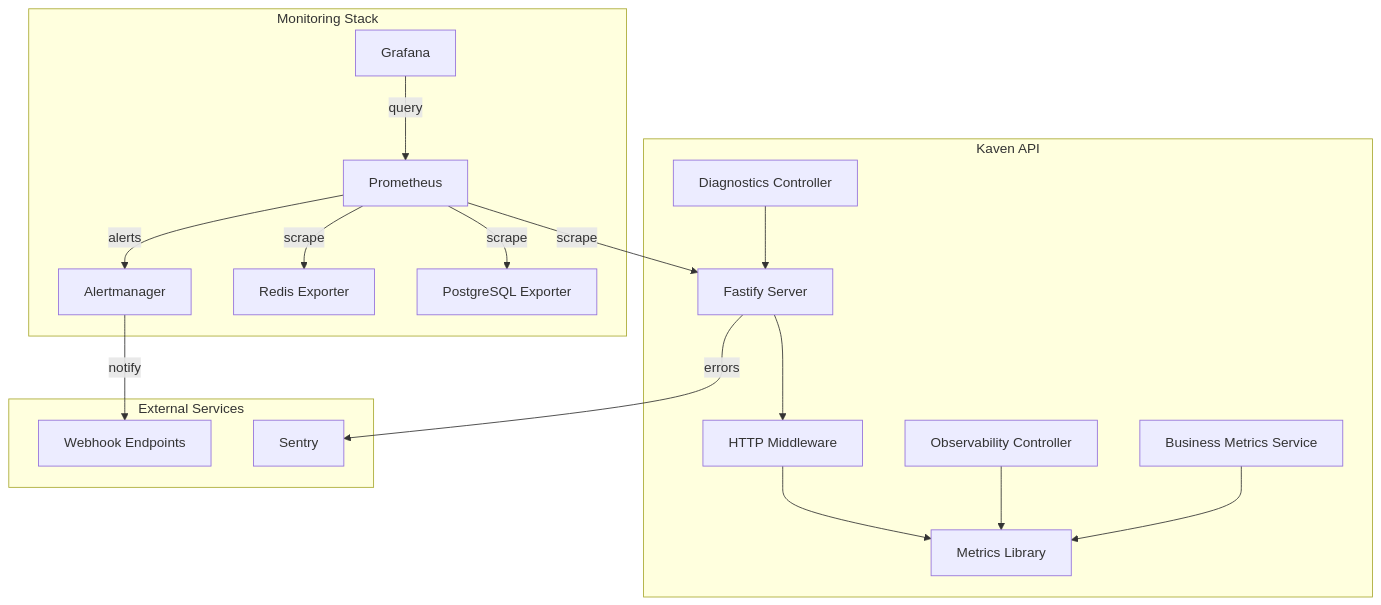
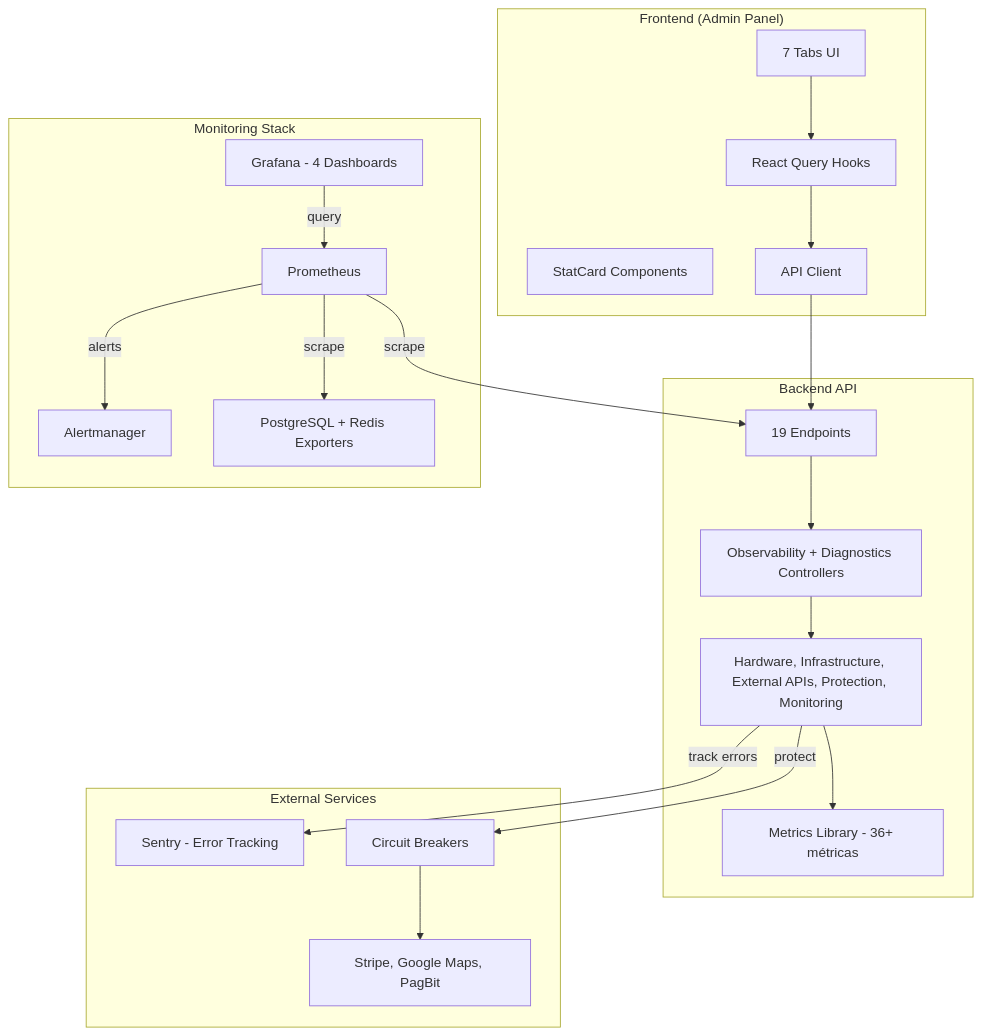
The diagram in apps/docs/content/platform/observability.mdx (bychrisr/kaven-boilerplate), drawn with Mermaid before and after one commit. The commit also changed other lines of this file and 121 other files, not shown here.

````diff
--- a/apps/docs/content/platform/observability.mdx
+++ b/apps/docs/content/platform/observability.mdx
@@ -668,39 +74,45 @@
 ```mermaid
 graph TB
-    subgraph "Kaven API"
-        API[Fastify Server]
-        Metrics[Metrics Library]
-        Middleware[HTTP Middleware]
-        Controller[Observability Controller]
-        Diagnostics[Diagnostics Controller]
-        Business[Business Metrics Service]
+    subgraph "Frontend (Admin Panel)"
+        UI[7 Tabs UI]
+        StatCards[StatCard Components]
+        Queries[React Query Hooks]
+        API_Client[API Client]
+    end
+
+    subgraph "Backend API"
+        Routes[19 Endpoints]
+        Controllers[Observability + Diagnostics Controllers]
+        Services[Hardware, Infrastructure, External APIs, Protection, Monitoring]
+        Metrics[Metrics Library - 36+ métricas]
     end
 
     subgraph "Monitoring Stack"
         Prometheus[Prometheus]
+        Grafana[Grafana - 4 Dashboards]
         Alertmanager[Alertmanager]
-        Grafana[Grafana]
-        PG[PostgreSQL Exporter]
-        Redis[Redis Exporter]
+        Exporters[PostgreSQL + Redis Exporters]
     end
 
     subgraph "External Services"
-        Sentry[Sentry]
-        Webhooks[Webhook Endpoints]
+        Sentry[Sentry - Error Tracking]
+        CircuitBreaker[Circuit Breakers]
+        ExternalAPIs[Stripe, Google Maps, PagBit]
     end
 
-    API --> Middleware
-    Middleware --> Metrics
-    Controller --> Metrics
-    Business --> Metrics
+    UI --> Queries
+    Queries --> API_Client
+    API_Client --> Routes
+    Routes --> Controllers
+    Controllers --> Services
+    Services --> Metrics
 
-    Prometheus --> |scrape| API
-    Prometheus --> |scrape| PG
-    Prometheus --> |scrape| Redis
+    Prometheus --> |scrape| Routes
+    Prometheus --> |scrape| Exporters
     Prometheus --> |alerts| Alertmanager
-    Alertmanager --> |notify| Webhooks
     Grafana --> |query| Prometheus
 
-    API --> |errors| Sentry
-    Diagnostics --> API
+    Services --> |track errors| Sentry
+    Services --> |protect| CircuitBreaker
+    CircuitBreaker --> ExternalAPIs
 ```
````
